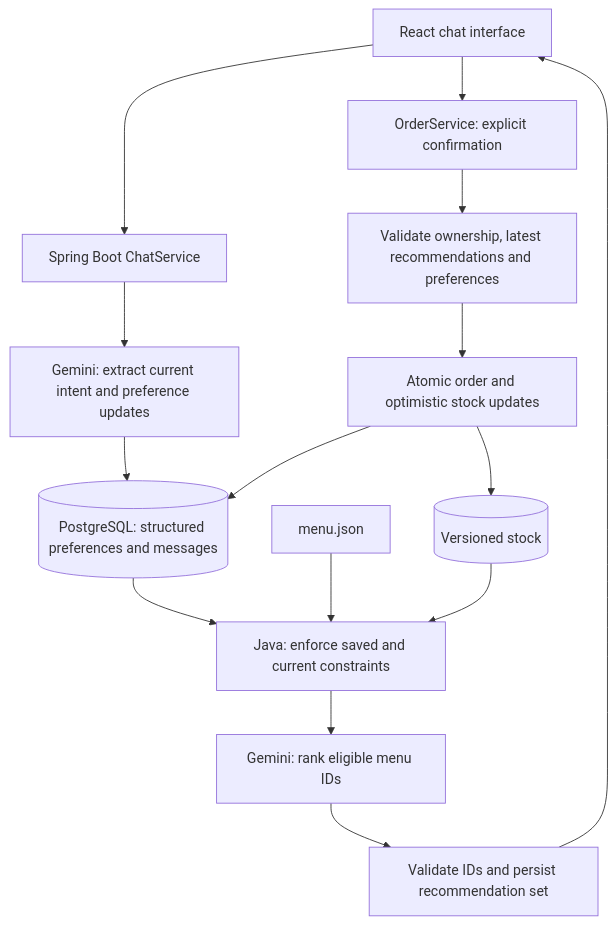
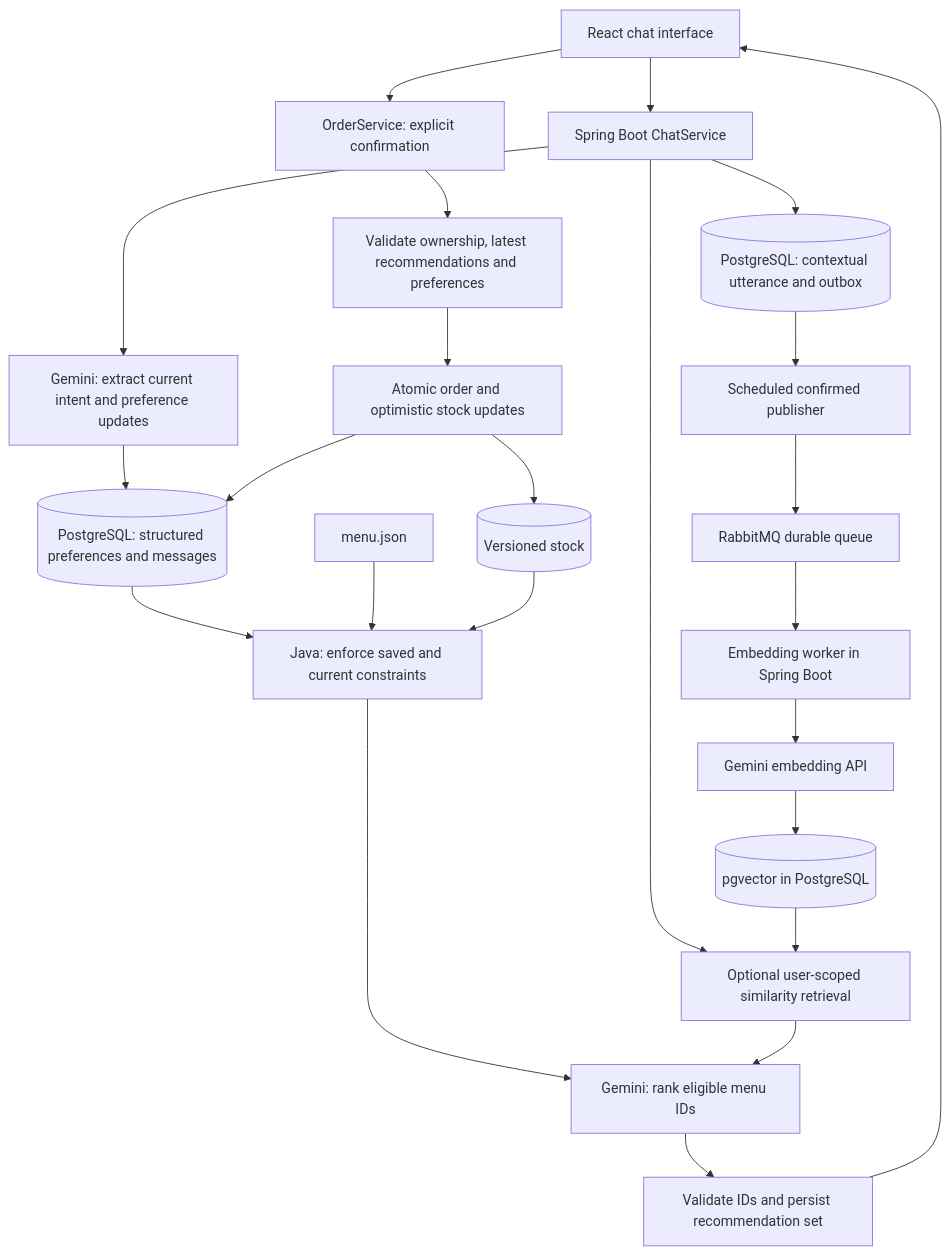
One commit to OmarAnalog/smart-ai-restaurant changed the diagram in README.md. Above: the diagram before and after it, drawn with Mermaid. The commit also changed other lines of this file and 26 other files, not shown here.

````diff
--- a/README.md
+++ b/README.md
@@ -27,17 +30,26 @@
 ```mermaid
 flowchart TD
     UI[React chat interface] --> Chat[Spring Boot ChatService]
     Chat --> Extract[Gemini: extract current intent and preference updates]
     Extract --> Memory[(PostgreSQL: structured preferences and messages)]
     Memory --> Filter[Java: enforce saved and current constraints]
     Menu[menu.json] --> Filter
     Stock[(Versioned stock)] --> Filter
     Filter --> Rank[Gemini: rank eligible menu IDs]
     Rank --> Validate[Validate IDs and persist recommendation set]
     Validate --> UI
+    Chat --> Outbox[(PostgreSQL: contextual utterance and outbox)]
+    Outbox --> Publisher[Scheduled confirmed publisher]
+    Publisher --> Rabbit[RabbitMQ durable queue]
+    Rabbit --> Worker[Embedding worker in Spring Boot]
+    Worker --> Embed[Gemini embedding API]
+    Embed --> Vectors[(pgvector in PostgreSQL)]
+    Chat --> Retrieve[Optional user-scoped similarity retrieval]
+    Vectors --> Retrieve
+    Retrieve --> Rank
     UI --> Order[OrderService: explicit confirmation]
     Order --> Checkout[Validate ownership, latest recommendations and preferences]
     Checkout --> Commit[Atomic order and optimistic stock updates]
     Commit --> Memory
     Commit --> Stock
 ```
````
